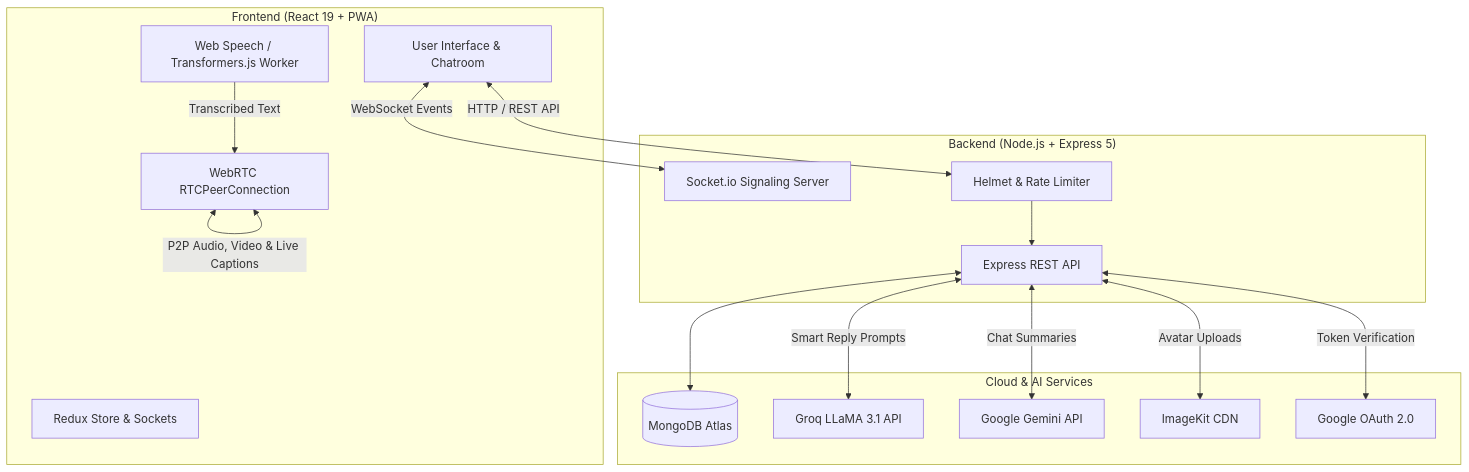
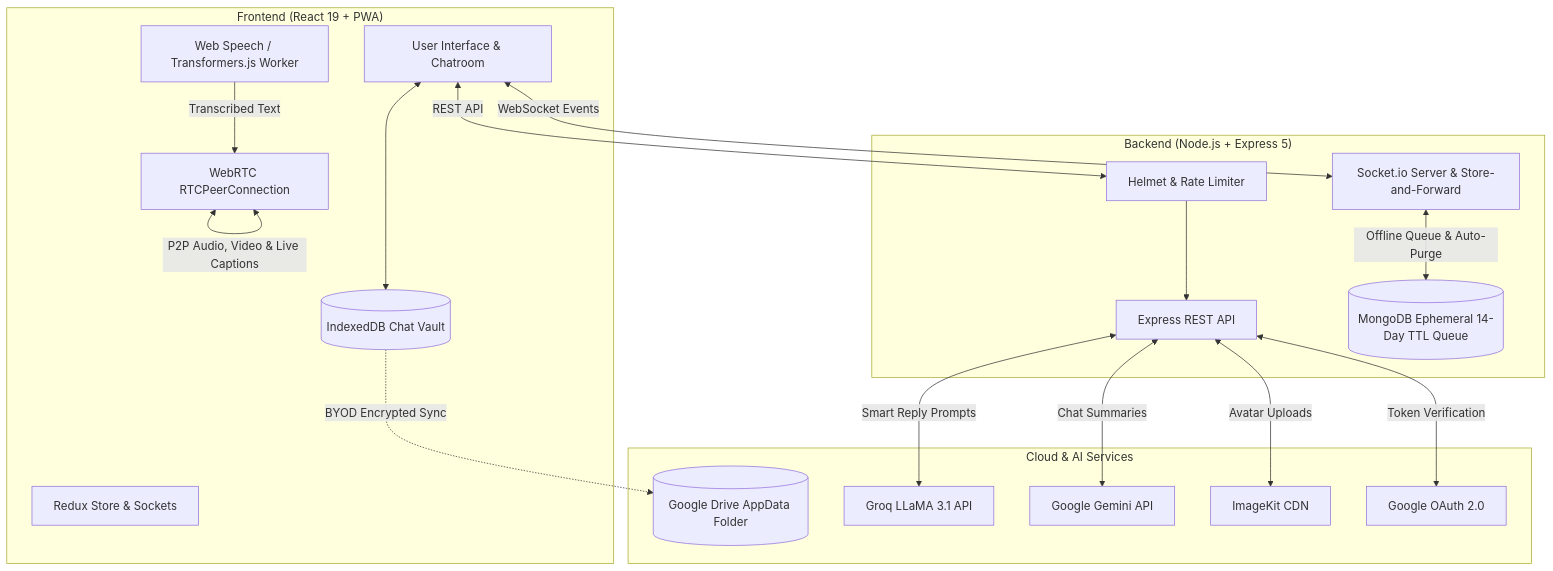
The diagram in README.md (sudhanshu9199/chat-APP-Like), drawn with Mermaid before and after one commit. The commit also changed other lines of this file, not shown here.

Commit message:
docs: update README with zero-database architecture, BYOD cloud backup, and compliance links

````diff
--- a/README.md
+++ b/README.md
@@ -180,34 +206,38 @@
 ```mermaid
 graph TD
     subgraph Client ["Frontend (React 19 + PWA)"]
         UI[User Interface & Chatroom]
+        IDB[(IndexedDB Chat Vault)]
         STT[Web Speech / Transformers.js Worker]
         RTC[WebRTC RTCPeerConnection]
         Redux[Redux Store & Sockets]
     end
 
     subgraph Server ["Backend (Node.js + Express 5)"]
         API[Express REST API]
-        Signaling[Socket.io Signaling Server]
+        Signaling[Socket.io Server & Store-and-Forward]
         RateLimit[Helmet & Rate Limiter]
+        TTLQueue[(MongoDB Ephemeral 14-Day TTL Queue)]
     end
 
     subgraph External ["Cloud & AI Services"]
-        Mongo[(MongoDB Atlas)]
+        Drive[(Google Drive AppData Folder)]
         Groq[Groq LLaMA 3.1 API]
         Gemini[Google Gemini API]
         ImageKit[ImageKit CDN]
         GoogleOAuth[Google OAuth 2.0]
     end
 
-    UI <-->|HTTP / REST API| RateLimit --> API
+    UI <--> IDB
+    IDB -.->|BYOD Encrypted Sync| Drive
+    UI <-->|REST API| RateLimit --> API
     UI <-->|WebSocket Events| Signaling
+    Signaling <-->|Offline Queue & Auto-Purge| TTLQueue
     RTC <-->|P2P Audio, Video & Live Captions| RTC
     STT -->|Transcribed Text| RTC
 
-    API <--> Mongo
     API <-->|Smart Reply Prompts| Groq
     API <-->|Chat Summaries| Gemini
     API <-->|Avatar Uploads| ImageKit
     API <-->|Token Verification| GoogleOAuth
 ```
````
